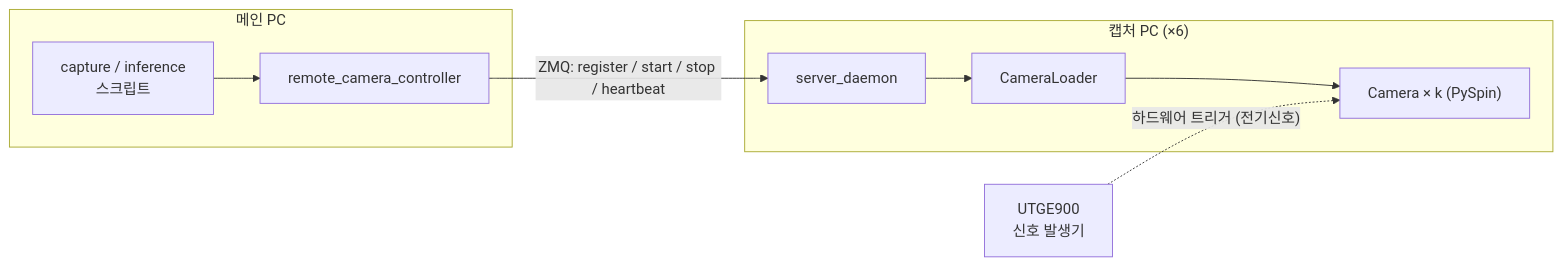
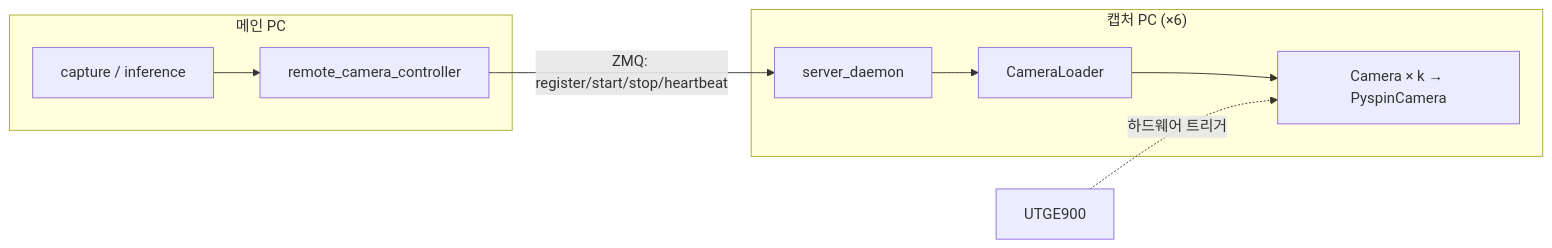
The first of 7 diagrams in docs/camera_system.md (willi19/paradex), drawn with Mermaid before and after one commit. The commit also changed other lines of this file and 154 other files, not shown here.

````diff
--- a/docs/camera_system.md
+++ b/docs/camera_system.md
@@ -21,17 +19,17 @@
 ```{mermaid}
 flowchart LR
     subgraph Main["메인 PC"]
-      ORCH["capture / inference<br/>스크립트"]
+      ORCH["capture / inference"]
       RCC["remote_camera_controller"]
       ORCH --> RCC
     end
     subgraph Cap["캡처 PC (×6)"]
       D["server_daemon"]
       CL["CameraLoader"]
-      CAM["Camera × k (PySpin)"]
+      CAM["Camera × k → PyspinCamera"]
       D --> CL --> CAM
     end
-    GEN["UTGE900<br/>신호 발생기"]
-    RCC -- "ZMQ: register / start / stop / heartbeat" --> D
-    GEN -. "하드웨어 트리거 (전기신호)" .-> CAM
+    GEN["UTGE900"]
+    RCC -- "ZMQ: register/start/stop/heartbeat" --> D
+    GEN -. "하드웨어 트리거" .-> CAM
 ```
````
